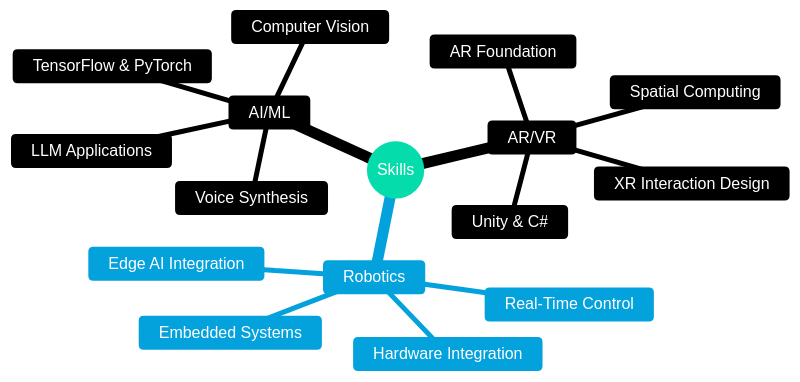
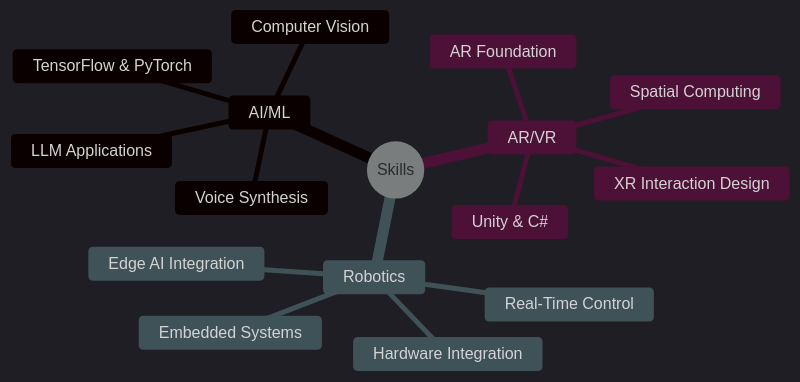
Before and after one commit to Mason-Baloun/Mason-Baloun: the diagram in README.md, drawn with Mermaid.

Commit message:
Change mermaid theme to dark in README
Updated mermaid theme in skills breakdown section.

````diff
--- a/README.md
+++ b/README.md
@@ -113,20 +113,20 @@
 ```mermaid
-%%{init: {'theme':'base', 'themeVariables': { 'primaryColor':'#64fcd9','primaryTextColor':'#fff','primaryBorderColor':'#64fcd9','lineColor':'#64fcd9','secondaryColor':'#1a1a1a','tertiaryColor':'#2a2a2a'}}}%%
+%%{init: {'theme':'dark'}}%%
 mindmap
   root((Skills))
     AI/ML
       LLM Applications
       TensorFlow & PyTorch
       Computer Vision
       Voice Synthesis
     AR/VR
       Spatial Computing
       Unity & C#
       AR Foundation
       XR Interaction Design
     Robotics
       Edge AI Integration
       Real-Time Control
       Hardware Integration
       Embedded Systems
 ```
````
